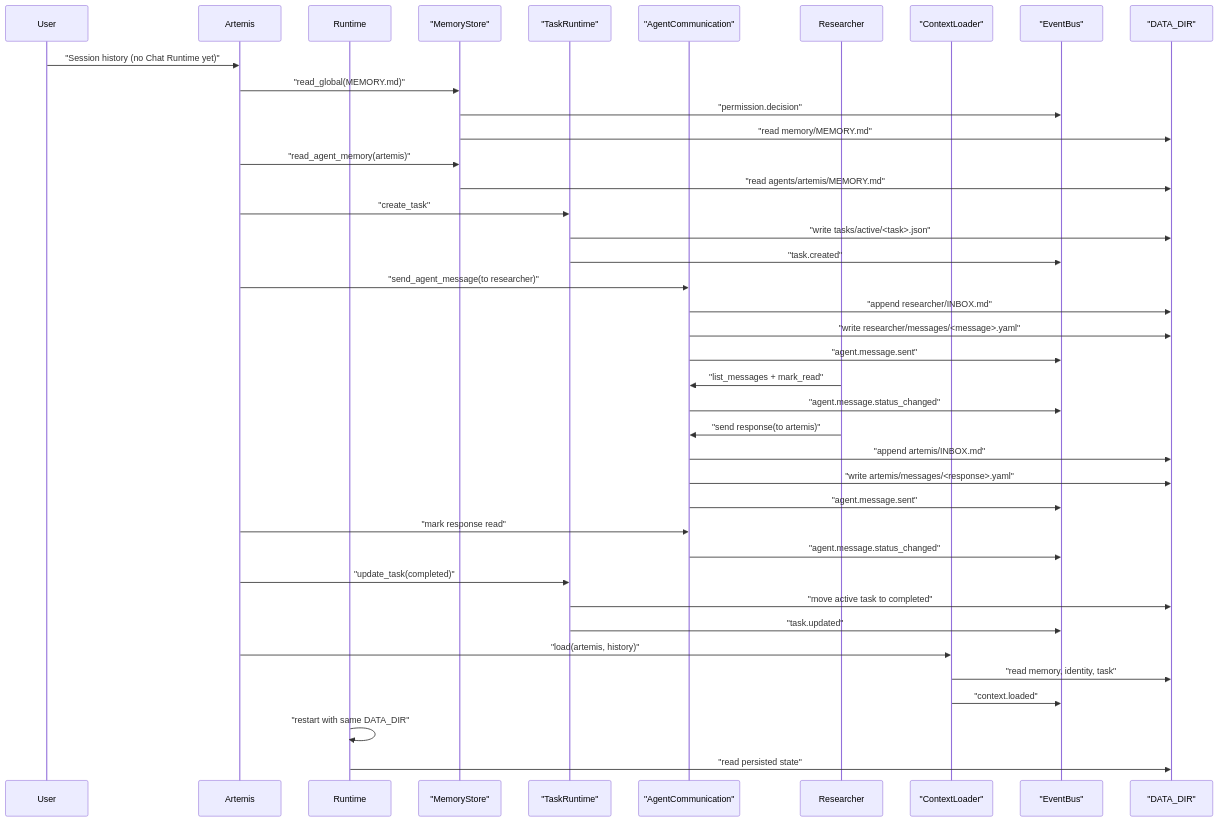
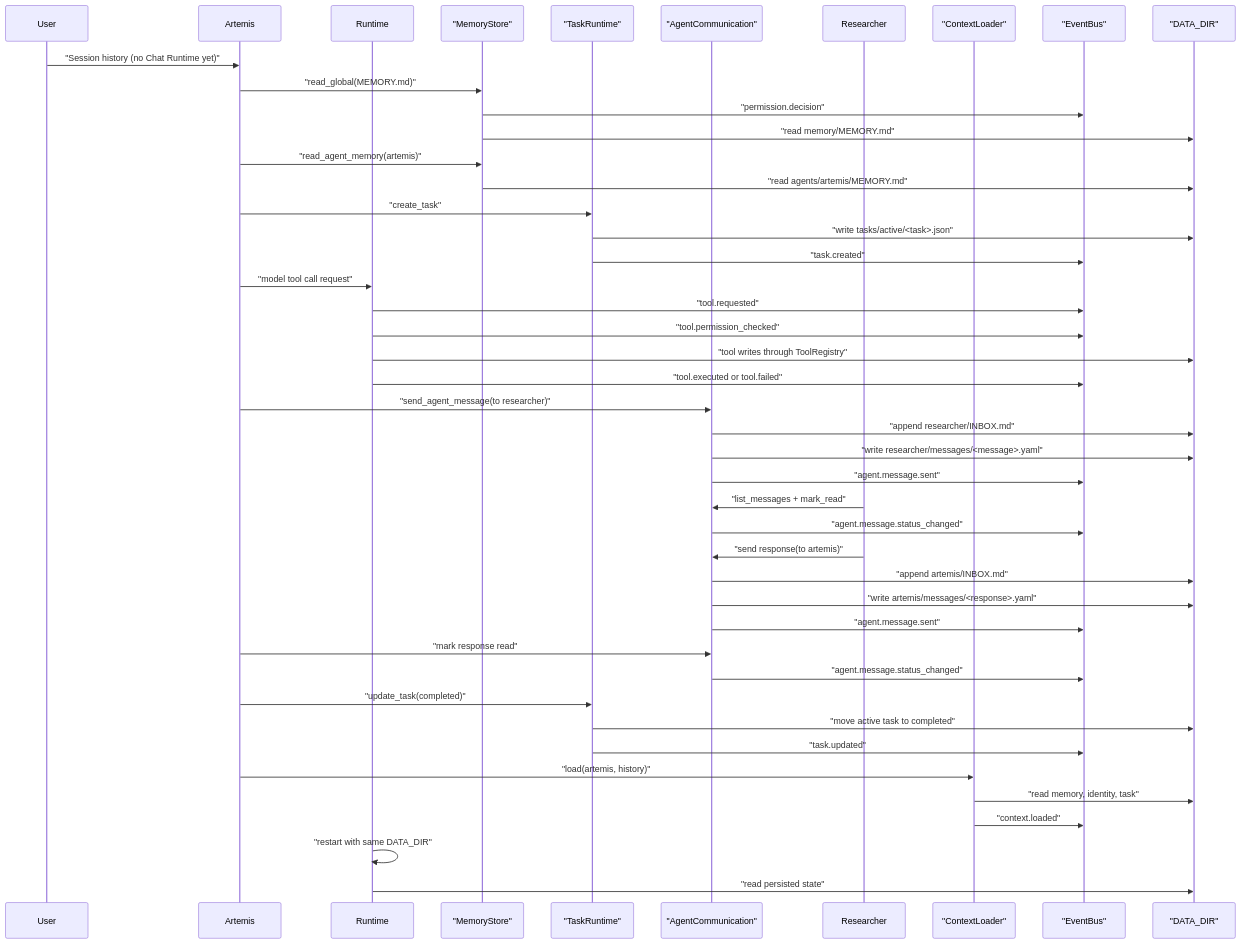
Before and after one commit to xDynamo01/Synapse: the diagram in docs/validation/runtime-walkthrough.md, drawn with Mermaid. The commit also changed other lines of this file and 12 other files, not shown here.

````diff
--- a/docs/validation/runtime-walkthrough.md
+++ b/docs/validation/runtime-walkthrough.md
@@ -655,43 +666,48 @@
 ```mermaid
 sequenceDiagram
     participant User
     participant Artemis
     participant Runtime
     participant Memory as "MemoryStore"
     participant Tasks as "TaskRuntime"
     participant A2A as "AgentCommunication"
     participant Researcher
     participant Context as "ContextLoader"
     participant Events as "EventBus"
     participant Files as "DATA_DIR"
 
     User->>Artemis: "Session history (no Chat Runtime yet)"
     Artemis->>Memory: "read_global(MEMORY.md)"
     Memory->>Events: "permission.decision"
     Memory->>Files: "read memory/MEMORY.md"
     Artemis->>Memory: "read_agent_memory(artemis)"
     Memory->>Files: "read agents/artemis/MEMORY.md"
     Artemis->>Tasks: "create_task"
     Tasks->>Files: "write tasks/active/<task>.json"
     Tasks->>Events: "task.created"
+    Artemis->>Runtime: "model tool call request"
+    Runtime->>Events: "tool.requested"
+    Runtime->>Events: "tool.permission_checked"
+    Runtime->>Files: "tool writes through ToolRegistry"
+    Runtime->>Events: "tool.executed or tool.failed"
     Artemis->>A2A: "send_agent_message(to researcher)"
     A2A->>Files: "append researcher/INBOX.md"
     A2A->>Files: "write researcher/messages/<message>.yaml"
     A2A->>Events: "agent.message.sent"
     Researcher->>A2A: "list_messages + mark_read"
     A2A->>Events: "agent.message.status_changed"
     Researcher->>A2A: "send response(to artemis)"
     A2A->>Files: "append artemis/INBOX.md"
     A2A->>Files: "write artemis/messages/<response>.yaml"
     A2A->>Events: "agent.message.sent"
     Artemis->>A2A: "mark response read"
     A2A->>Events: "agent.message.status_changed"
     Artemis->>Tasks: "update_task(completed)"
     Tasks->>Files: "move active task to completed"
     Tasks->>Events: "task.updated"
     Artemis->>Context: "load(artemis, history)"
     Context->>Files: "read memory, identity, task"
     Context->>Events: "context.loaded"
     Runtime->>Runtime: "restart with same DATA_DIR"
     Runtime->>Files: "read persisted state"
 ```
````
